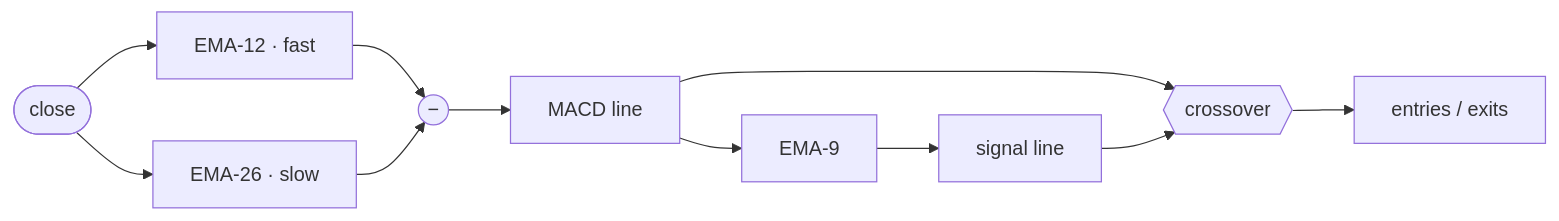
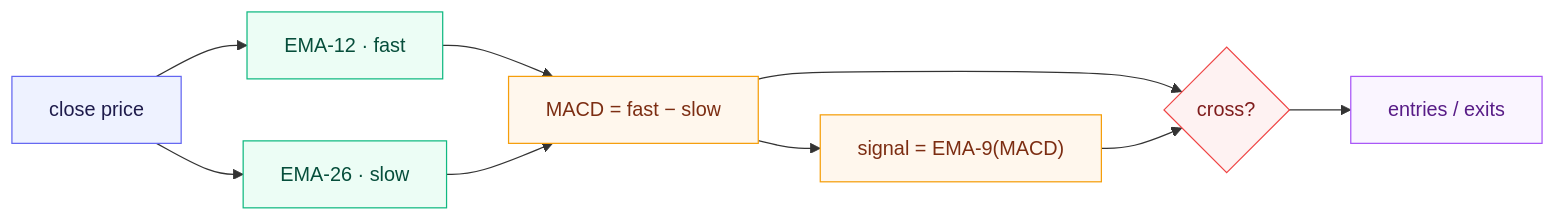
The first of 5 diagrams in README.md (guptabhishekumar/triangulate), drawn with Mermaid before and after one commit. The commit also changed other lines of this file, not shown here.

Commit message:
docs: rebuild architecture & indicator pipeline diagrams (GitHub-robust + colour-coded)

````diff
--- a/README.md
+++ b/README.md
@@ -60,13 +60,22 @@
 ```mermaid
 flowchart LR
-    P([close]) --> F["EMA-12 · fast"]
-    P --> S["EMA-26 · slow"]
-    F --> SUB(("−"))
-    S --> SUB
-    SUB --> M["MACD line"]
-    M --> N["EMA-9"]
-    N --> SG["signal line"]
-    M --> XO{{crossover}}
-    SG --> XO
-    XO --> EX["entries / exits"]
+    P["close price"]:::in
+    F["EMA-12 · fast"]:::ema
+    S["EMA-26 · slow"]:::ema
+    D["MACD = fast − slow"]:::macd
+    G["signal = EMA-9(MACD)"]:::macd
+    X{"cross?"}:::dec
+    O["entries / exits"]:::out
+    P --> F & S
+    F --> D
+    S --> D
+    D --> G
+    D --> X
+    G --> X
+    X --> O
+    classDef in fill:#eef2ff,stroke:#6366f1,color:#1e1b4b;
+    classDef ema fill:#ecfdf5,stroke:#10b981,color:#064e3b;
+    classDef macd fill:#fff7ed,stroke:#f59e0b,color:#7c2d12;
+    classDef dec fill:#fef2f2,stroke:#ef4444,color:#7f1d1d;
+    classDef out fill:#faf5ff,stroke:#a855f7,color:#581c87;
 ```
````
